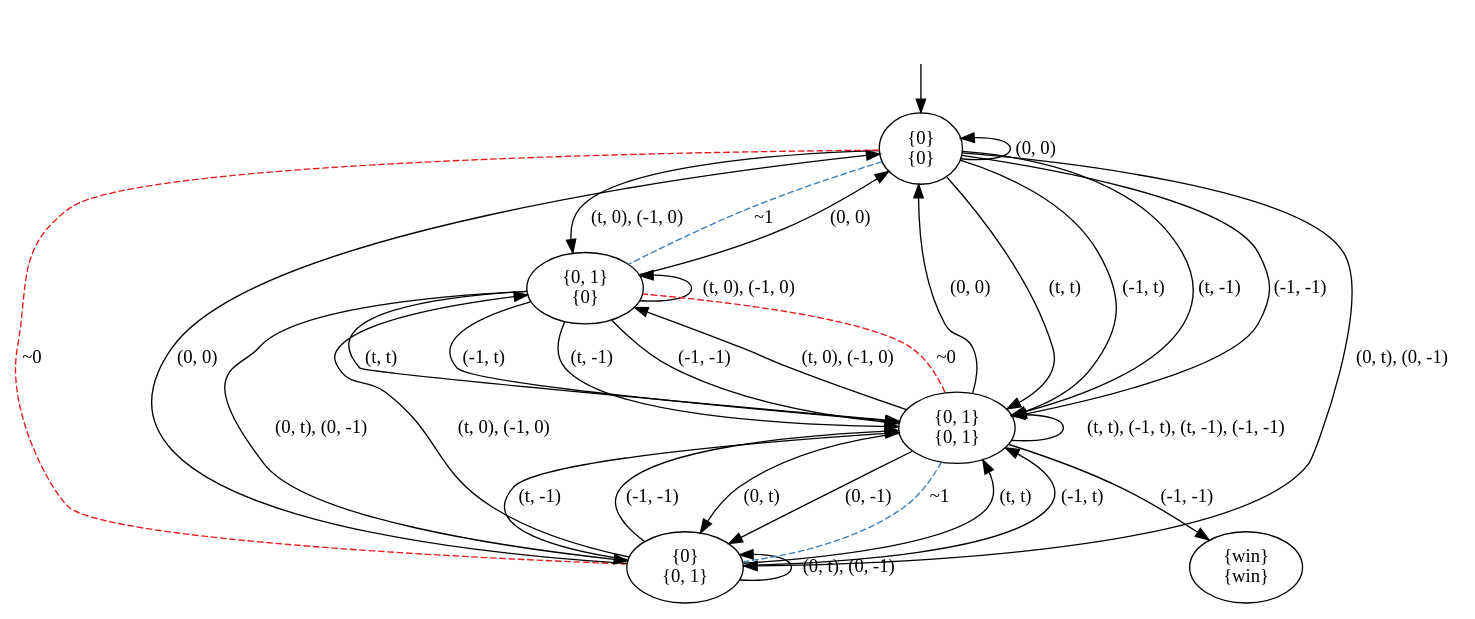
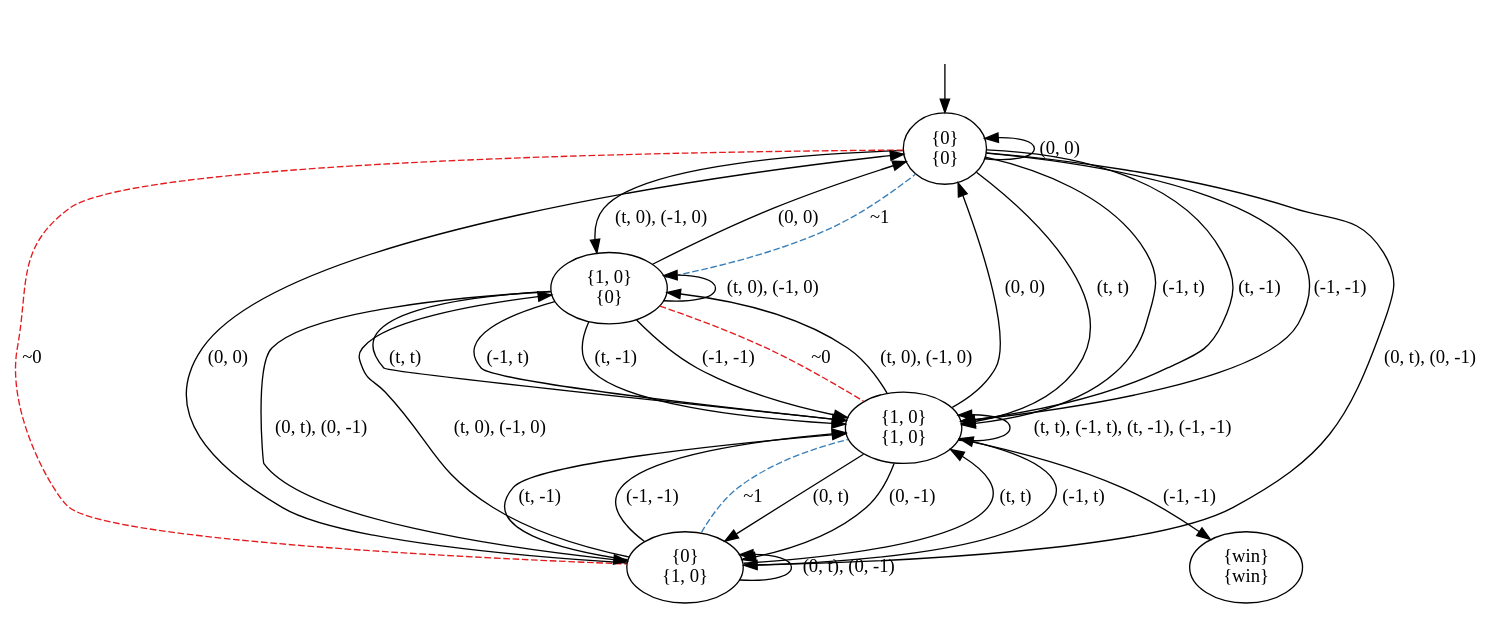
Before and after one commit to olandr/mkbsc: the diagram in pictures/GK.dot, drawn with Graphviz. The commit also changed 2 other files, not shown here.

```diff
--- a/pictures/GK.dot
+++ b/pictures/GK.dot
@@ -1,44 +1,44 @@
 digraph  {
 concentrate=False;
 nodesep=0.5;
 ranksep=0.5;
 splines=True;
-4584738208 [label="{0}\n{0}"];
-4584735800 [label="{0, 1}\n{0}"];
-4584736808 [label="{0}\n{0, 1}"];
-4584736920 [label="{0, 1}\n{0, 1}"];
-4584653992 [label="{win}\n{win}"];
+140446667546184 [label="{0}\n{0}"];
+140446667545232 [label="{1, 0}\n{0}"];
+140446667546464 [label="{0}\n{1, 0}"];
+140446667542880 [label="{1, 0}\n{1, 0}"];
+140446667216376 [label="{win}\n{win}"];
 hidden [label="", shape=none];
-4584738208 -> 4584738208  [action="('0', '0')", dir=back, key="('0', '0')", label="(0, 0)"];
-4584738208 -> 4584736920  [action="('t', 't')", key="('t', 't')", label="(t, t)"];
-4584738208 -> 4584736920  [action="('-1', 't')", key="('-1', 't')", label="(-1, t)"];
-4584738208 -> 4584736920  [action="('t', '-1')", key="('t', '-1')", label="(t, -1)"];
-4584738208 -> 4584736920  [action="('-1', '-1')", key="('-1', '-1')", label="(-1, -1)"];
-4584738208 -> 4584735800  [action="(('t', '0'), ('-1', '0'))", key="(('t', '0'), ('-1', '0'))", label="(t, 0), (-1, 0)"];
-4584738208 -> 4584735800  [arrowhead=none, color=2, colorscheme=set19, constraint=True, key=1, label="~1", style=dashed];
-4584738208 -> 4584736808  [action="(('0', 't'), ('0', '-1'))", key="(('0', 't'), ('0', '-1'))", label="(0, t), (0, -1)"];
-4584738208 -> 4584736808  [arrowhead=none, color=1, colorscheme=set19, constraint=True, key=1, label="~0", style=dashed];
-4584735800 -> 4584738208  [action="('0', '0')", key="('0', '0')", label="(0, 0)"];
-4584735800 -> 4584736920  [action="('t', 't')", key="('t', 't')", label="(t, t)"];
-4584735800 -> 4584736920  [action="('-1', 't')", key="('-1', 't')", label="(-1, t)"];
-4584735800 -> 4584736920  [action="('t', '-1')", key="('t', '-1')", label="(t, -1)"];
-4584735800 -> 4584736920  [action="('-1', '-1')", key="('-1', '-1')", label="(-1, -1)"];
-4584735800 -> 4584735800  [action="(('t', '0'), ('-1', '0'))", dir=back, key="(('t', '0'), ('-1', '0'))", label="(t, 0), (-1, 0)"];
-4584735800 -> 4584736808  [action="(('0', 't'), ('0', '-1'))", key="(('0', 't'), ('0', '-1'))", label="(0, t), (0, -1)"];
-4584736808 -> 4584738208  [action="('0', '0')", key="('0', '0')", label="(0, 0)"];
-4584736808 -> 4584736920  [action="('t', 't')", key="('t', 't')", label="(t, t)"];
-4584736808 -> 4584736920  [action="('-1', 't')", key="('-1', 't')", label="(-1, t)"];
-4584736808 -> 4584736920  [action="('t', '-1')", key="('t', '-1')", label="(t, -1)"];
-4584736808 -> 4584736920  [action="('-1', '-1')", key="('-1', '-1')", label="(-1, -1)"];
-4584736808 -> 4584735800  [action="(('t', '0'), ('-1', '0'))", key="(('t', '0'), ('-1', '0'))", label="(t, 0), (-1, 0)"];
-4584736808 -> 4584736808  [action="(('0', 't'), ('0', '-1'))", dir=back, key="(('0', 't'), ('0', '-1'))", label="(0, t), (0, -1)"];
-4584736920 -> 4584738208  [action="('0', '0')", key="('0', '0')", label="(0, 0)"];
-4584736920 -> 4584736808  [action="('0', 't')", key="('0', 't')", label="(0, t)"];
-4584736920 -> 4584736808  [action="('0', '-1')", key="('0', '-1')", label="(0, -1)"];
-4584736920 -> 4584736808  [arrowhead=none, color=2, colorscheme=set19, constraint=True, key=2, label="~1", style=dashed];
-4584736920 -> 4584653992  [action="('-1', '-1')", key="('-1', '-1')", label="(-1, -1)"];
-4584736920 -> 4584735800  [action="(('t', '0'), ('-1', '0'))", key="(('t', '0'), ('-1', '0'))", label="(t, 0), (-1, 0)"];
-4584736920 -> 4584735800  [arrowhead=none, color=1, colorscheme=set19, constraint=True, key=1, label="~0", style=dashed];
-4584736920 -> 4584736920  [action="(('t', 't'), ('-1', 't'), ('t', '-1'), ('-1', '-1'))", dir=back, key="(('t', 't'), ('-1', 't'), ('t', '-1'), ('-1', '-1'))", label="(t, t), (-1, t), (t, -1), (-1, -1)"];
-hidden -> 4584738208  [key=0];
+140446667546184 -> 140446667546184  [action="('0', '0')", dir=back, key="('0', '0')", label="(0, 0)"];
+140446667546184 -> 140446667542880  [action="('t', 't')", key="('t', 't')", label="(t, t)"];
+140446667546184 -> 140446667542880  [action="('-1', 't')", key="('-1', 't')", label="(-1, t)"];
+140446667546184 -> 140446667542880  [action="('t', '-1')", key="('t', '-1')", label="(t, -1)"];
+140446667546184 -> 140446667542880  [action="('-1', '-1')", key="('-1', '-1')", label="(-1, -1)"];
+140446667546184 -> 140446667545232  [action="(('t', '0'), ('-1', '0'))", key="(('t', '0'), ('-1', '0'))", label="(t, 0), (-1, 0)"];
+140446667546184 -> 140446667546464  [action="(('0', 't'), ('0', '-1'))", key="(('0', 't'), ('0', '-1'))", label="(0, t), (0, -1)"];
+140446667546184 -> 140446667546464  [arrowhead=none, color=1, colorscheme=set19, constraint=True, key=1, label="~0", style=dashed];
+140446667545232 -> 140446667546184  [action="('0', '0')", key="('0', '0')", label="(0, 0)"];
+140446667545232 -> 140446667546184  [arrowhead=none, color=2, colorscheme=set19, constraint=True, key=1, label="~1", style=dashed];
+140446667545232 -> 140446667542880  [action="('t', 't')", key="('t', 't')", label="(t, t)"];
+140446667545232 -> 140446667542880  [action="('-1', 't')", key="('-1', 't')", label="(-1, t)"];
+140446667545232 -> 140446667542880  [action="('t', '-1')", key="('t', '-1')", label="(t, -1)"];
+140446667545232 -> 140446667542880  [action="('-1', '-1')", key="('-1', '-1')", label="(-1, -1)"];
+140446667545232 -> 140446667542880  [arrowhead=none, color=1, colorscheme=set19, constraint=True, key=4, label="~0", style=dashed];
+140446667545232 -> 140446667545232  [action="(('t', '0'), ('-1', '0'))", dir=back, key="(('t', '0'), ('-1', '0'))", label="(t, 0), (-1, 0)"];
+140446667545232 -> 140446667546464  [action="(('0', 't'), ('0', '-1'))", key="(('0', 't'), ('0', '-1'))", label="(0, t), (0, -1)"];
+140446667546464 -> 140446667546184  [action="('0', '0')", key="('0', '0')", label="(0, 0)"];
+140446667546464 -> 140446667542880  [action="('t', 't')", key="('t', 't')", label="(t, t)"];
+140446667546464 -> 140446667542880  [action="('-1', 't')", key="('-1', 't')", label="(-1, t)"];
+140446667546464 -> 140446667542880  [action="('t', '-1')", key="('t', '-1')", label="(t, -1)"];
+140446667546464 -> 140446667542880  [action="('-1', '-1')", key="('-1', '-1')", label="(-1, -1)"];
+140446667546464 -> 140446667542880  [arrowhead=none, color=2, colorscheme=set19, constraint=True, key=4, label="~1", style=dashed];
+140446667546464 -> 140446667545232  [action="(('t', '0'), ('-1', '0'))", key="(('t', '0'), ('-1', '0'))", label="(t, 0), (-1, 0)"];
+140446667546464 -> 140446667546464  [action="(('0', 't'), ('0', '-1'))", dir=back, key="(('0', 't'), ('0', '-1'))", label="(0, t), (0, -1)"];
+140446667542880 -> 140446667546184  [action="('0', '0')", key="('0', '0')", label="(0, 0)"];
+140446667542880 -> 140446667546464  [action="('0', 't')", key="('0', 't')", label="(0, t)"];
+140446667542880 -> 140446667546464  [action="('0', '-1')", key="('0', '-1')", label="(0, -1)"];
+140446667542880 -> 140446667216376  [action="('-1', '-1')", key="('-1', '-1')", label="(-1, -1)"];
+140446667542880 -> 140446667545232  [action="(('t', '0'), ('-1', '0'))", key="(('t', '0'), ('-1', '0'))", label="(t, 0), (-1, 0)"];
+140446667542880 -> 140446667542880  [action="(('t', 't'), ('-1', 't'), ('t', '-1'), ('-1', '-1'))", dir=back, key="(('t', 't'), ('-1', 't'), ('t', '-1'), ('-1', '-1'))", label="(t, t), (-1, t), (t, -1), (-1, -1)"];
+hidden -> 140446667546184  [key=0];
 }
```
